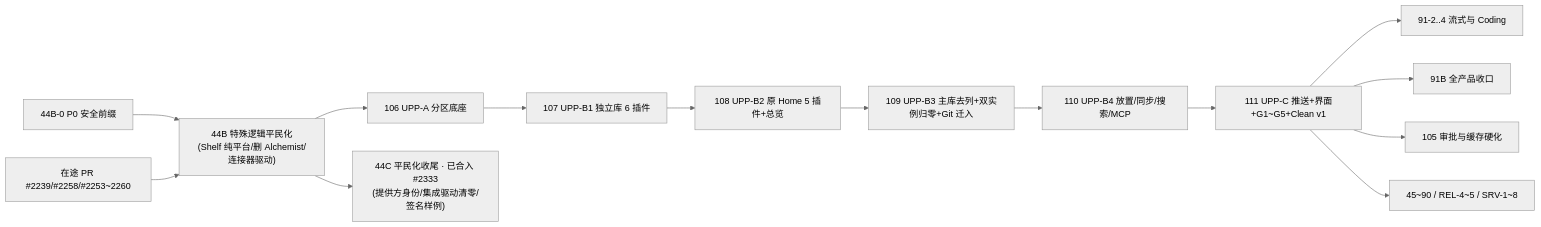
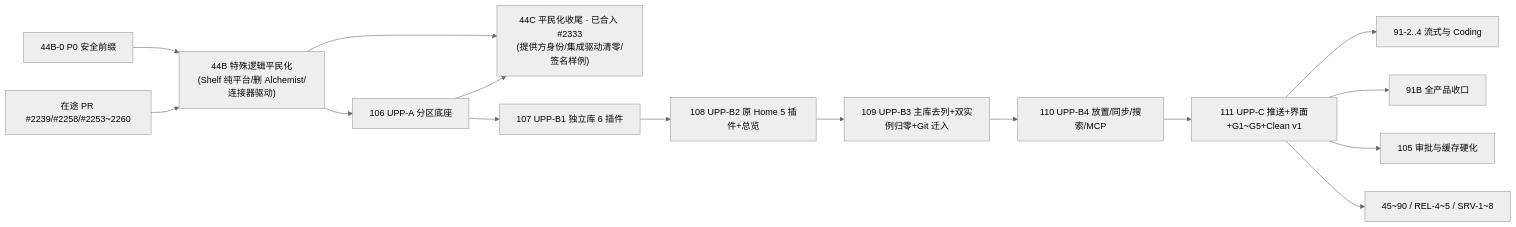
Before and after one commit to molis-ai/molis-work: the fifth of 5 diagrams in specs/post-anticorruption-roadmap/reference/dependencies.md, drawn with Mermaid (neutral theme). The commit also changed other lines of this file and 227 other files, not shown here.

````diff
--- a/specs/post-anticorruption-roadmap/reference/dependencies.md
+++ b/specs/post-anticorruption-roadmap/reference/dependencies.md
@@ -588,16 +589,17 @@
 ```mermaid
 flowchart LR
   B44B0["44B-0 P0 安全前缀"] --> B44B["44B 特殊逻辑平民化<br/>(Shelf 纯平台/删 Alchemist/连接器驱动)"]
   INF["在途 PR #2239/#2258/#2253~2260"] --> B44B
   B44B --> B106["106 UPP-A 分区底座"]
   B44B --> B44C["44C 平民化收尾 · 已合入 #2333<br/>(提供方身份/集成驱动清零/签名样例)"]
+  B106 --> B44C
   B106 --> B107["107 UPP-B1 独立库 6 插件"]
   B107 --> B108["108 UPP-B2 原 Home 5 插件+总览"]
   B108 --> B109["109 UPP-B3 主库去列+双实例归零+Git 迁入"]
   B109 --> B110["110 UPP-B4 放置/同步/搜索/MCP"]
   B110 --> B111["111 UPP-C 推送+界面+G1~G5+Clean v1"]
   B111 --> B91A["91-2..4 流式与 Coding"]
   B111 --> B91B["91B 全产品收口"]
   B111 --> B105["105 审批与缓存硬化"]
   B111 --> BDOWN["45~90 / REL-4~5 / SRV-1~8"]
 ```
````
